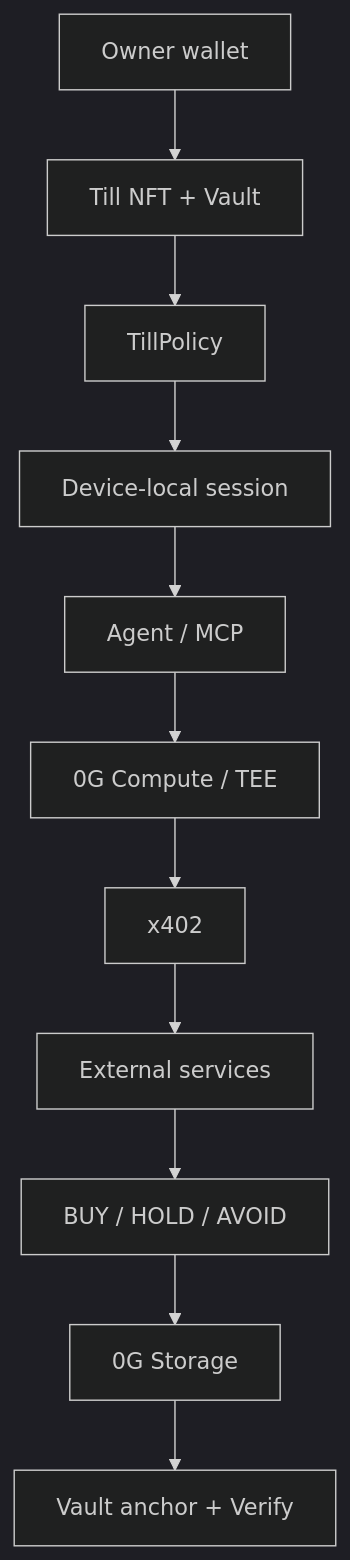
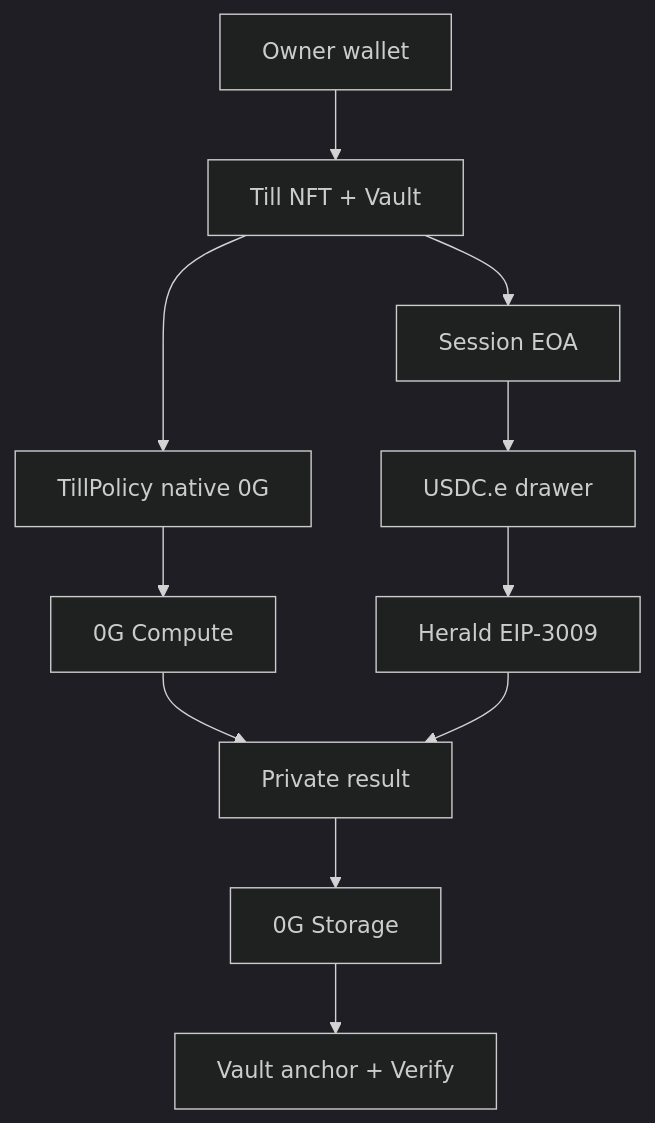
Before and after one commit to Mr-Ben-dev/Till: the diagram in README.md, drawn with Mermaid (dark theme). The commit also changed other lines of this file and 40 other files, not shown here.

Commit message:
Ship V5 Mission Desk with session EIP-3009 APP payments.

````diff
--- a/README.md
+++ b/README.md
@@ -58,13 +83,13 @@
 ```mermaid
 flowchart TD
   Owner[Owner wallet] --> Till[Till NFT + Vault]
-  Till --> Policy[TillPolicy]
-  Policy --> Session[Device-local session]
-  Session --> Agent[Agent / MCP]
-  Agent --> TEE[0G Compute / TEE]
-  TEE --> X402[x402]
-  X402 --> Ext[External services]
-  Ext --> Result[BUY / HOLD / AVOID]
+  Till --> Policy[TillPolicy native 0G]
+  Till --> Session[Session EOA]
+  Session --> Drawer[USDC.e drawer]
+  Policy --> Compute[0G Compute]
+  Drawer --> Herald[Herald EIP-3009]
+  Compute --> Result[Private result]
+  Herald --> Result
   Result --> Storage[0G Storage]
   Storage --> Proof[Vault anchor + Verify]
 ```
````
